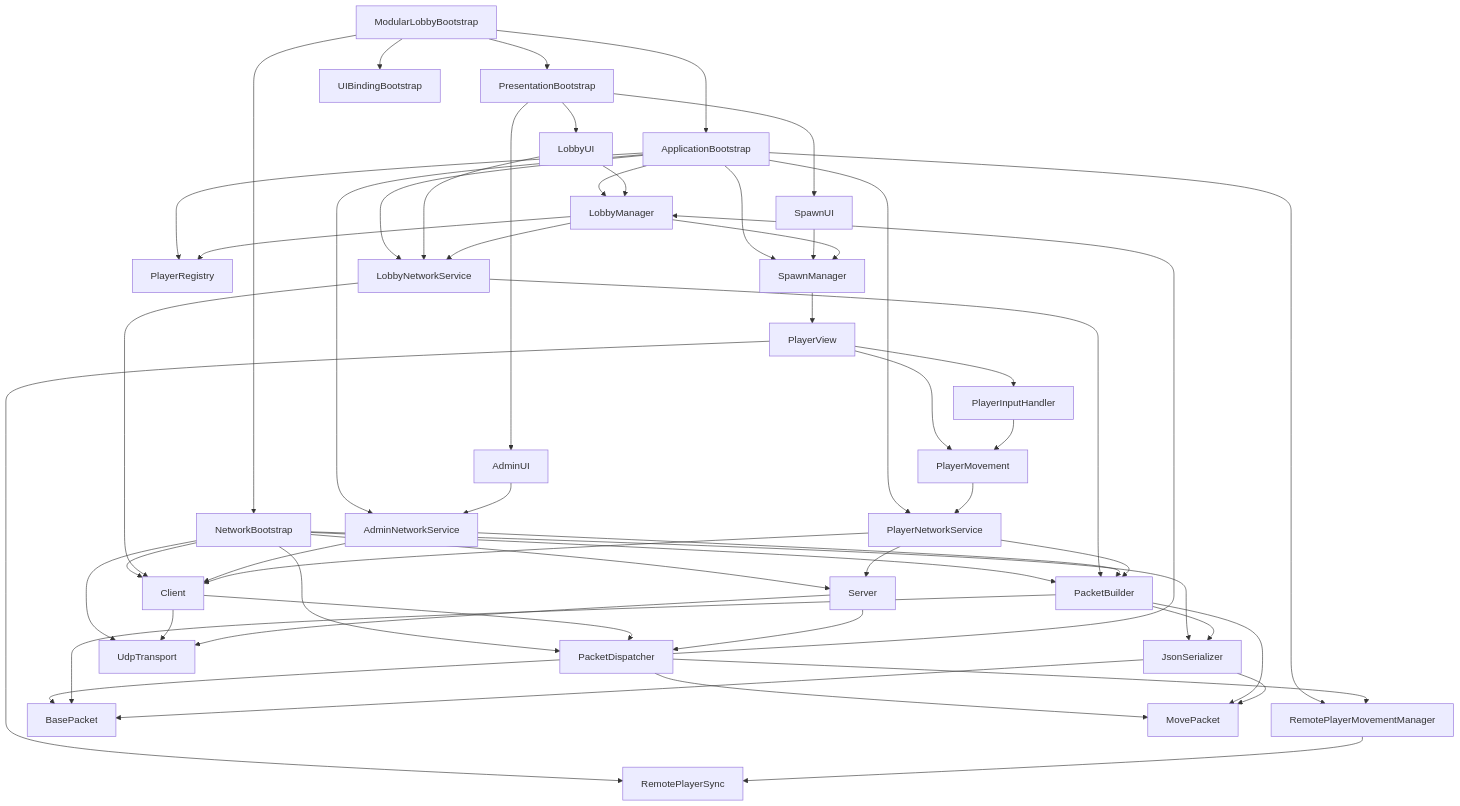
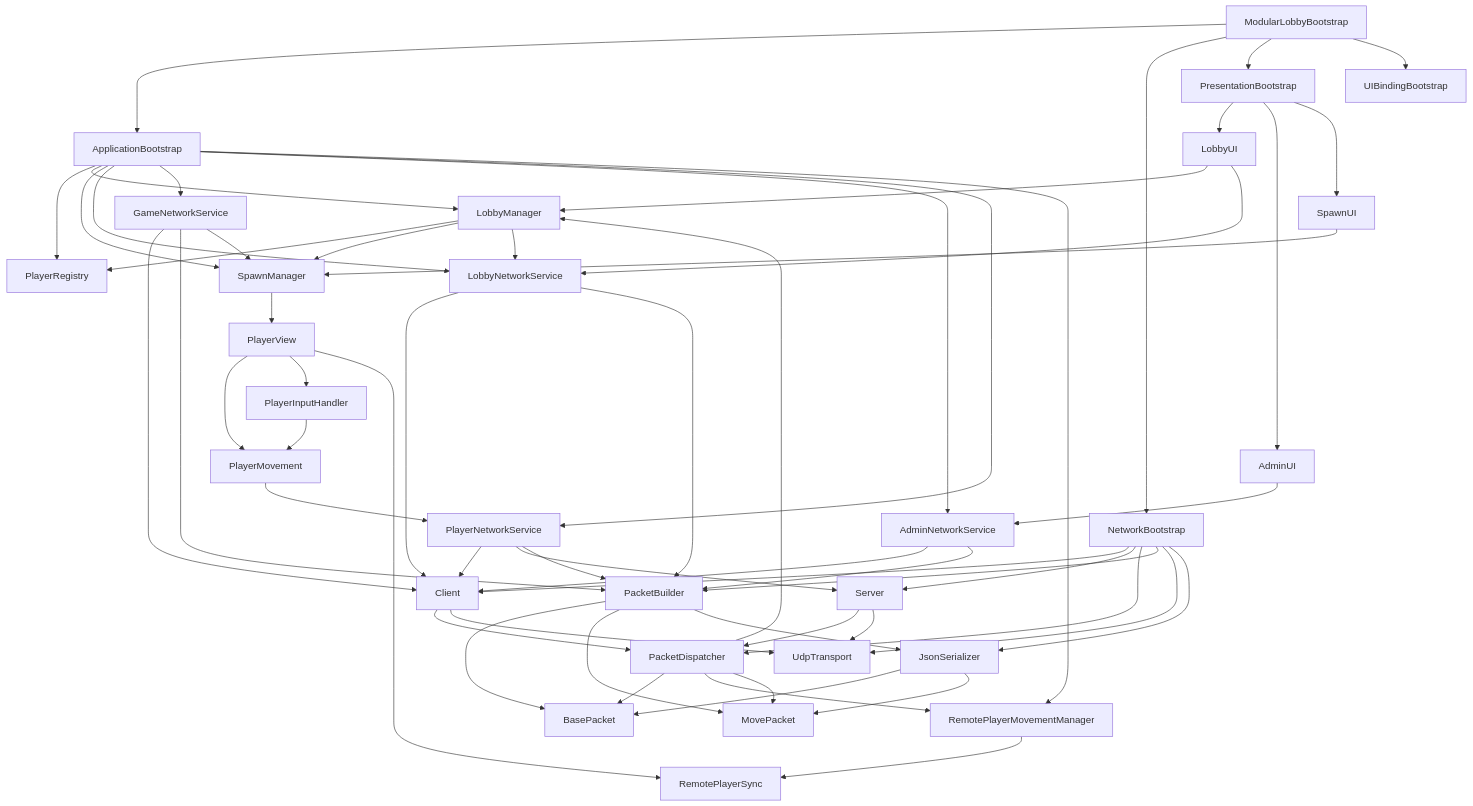
One commit to sebas64mil/red-hunt changed the diagram in README.md. Above: the diagram before and after it, drawn with Mermaid. The commit also changed other lines of this file and 1 other file, not shown here.

```diff
--- a/README.md
+++ b/README.md
@@ -811,6 +812,7 @@
   PlayerView["PlayerView"]
   LobbyManager["LobbyManager"]
   LobbyNetworkService["LobbyNetworkService"]
+  GameNetworkService["GameNetworkService"]
   AdminNetworkService["AdminNetworkService"]
   PlayerNetworkService["PlayerNetworkService "]
   RemotePlayerMovementManager["RemotePlayerMovementManager "]
@@ -844,6 +846,7 @@
   ApplicationBootstrap --> LobbyManager
   ApplicationBootstrap --> SpawnManager
   ApplicationBootstrap --> LobbyNetworkService
+  ApplicationBootstrap --> GameNetworkService
   ApplicationBootstrap --> AdminNetworkService
   ApplicationBootstrap --> PlayerNetworkService
   ApplicationBootstrap --> RemotePlayerMovementManager
@@ -868,6 +871,9 @@
   LobbyNetworkService --> PacketBuilder
   AdminNetworkService --> Client
   AdminNetworkService --> PacketBuilder
+  GameNetworkService --> Client
+  GameNetworkService --> PacketBuilder
+  GameNetworkService --> SpawnManager
   SpawnManager --> PlayerView
   
   %% Movimiento y entrada 
```
